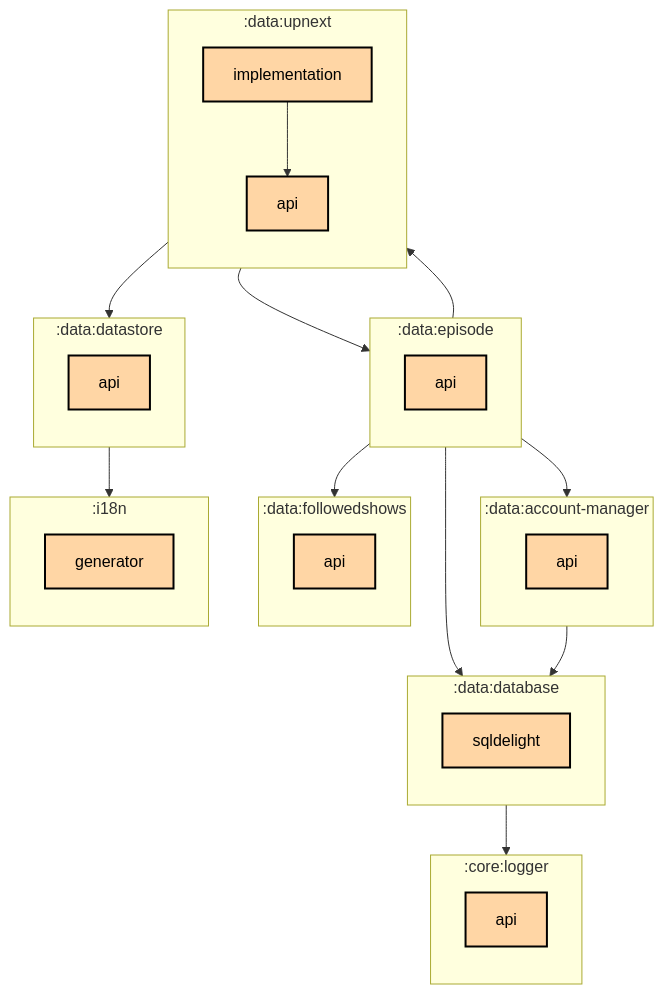
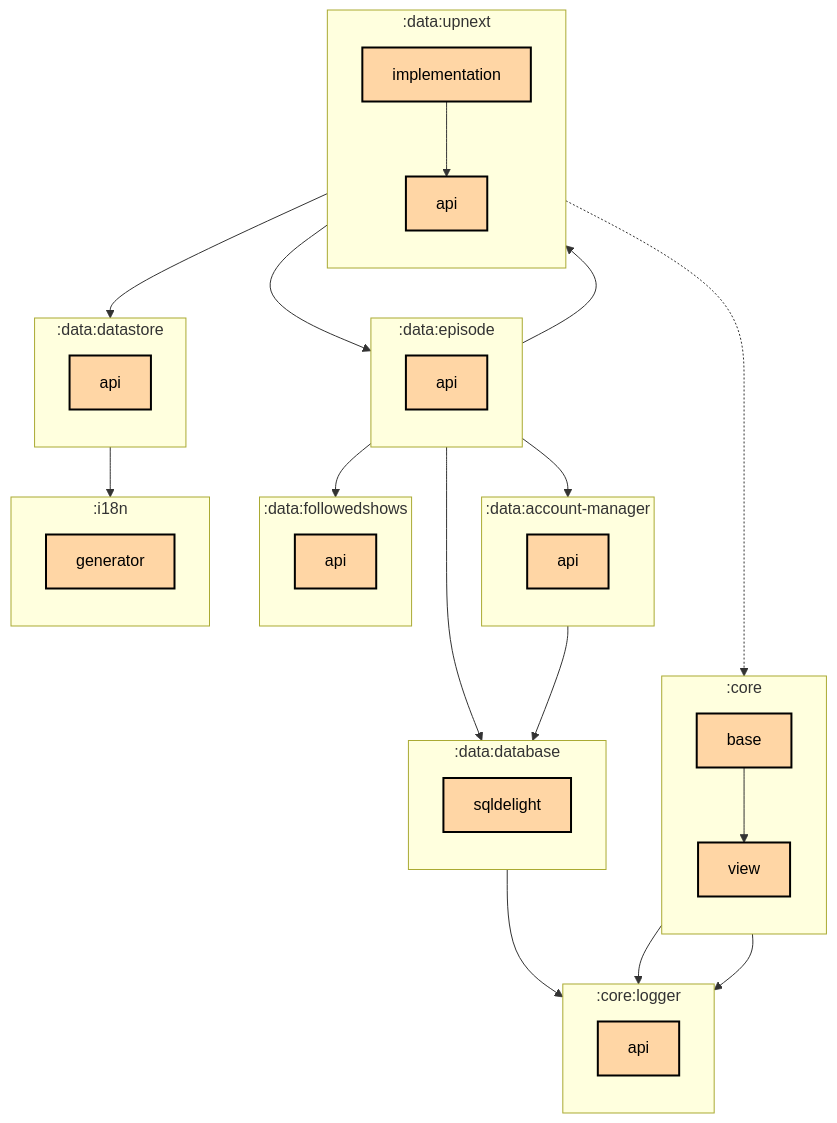
The first of 2 diagrams in data/upnext/implementation/README.md (thomaskioko/tv-maniac), drawn with Mermaid before and after one commit. The commit also changed 2 other files, not shown here.

Commit message:
Update graph

````diff
--- a/data/upnext/implementation/README.md
+++ b/data/upnext/implementation/README.md
@@ -6,53 +6,62 @@
 ```mermaid
 graph TB
+  subgraph :core
+    direction TB
+    :core:base[base]:::multiplatform
+    :core:view[view]:::multiplatform
+  end
   subgraph :core:logger
     direction TB
     :core:logger:api[api]:::multiplatform
   end
   subgraph :data:account-manager
     direction TB
     :data:account-manager:api[api]:::multiplatform
   end
   subgraph :data:database
     direction TB
     :data:database:sqldelight[sqldelight]:::multiplatform
   end
   subgraph :data:datastore
     direction TB
     :data:datastore:api[api]:::multiplatform
   end
   subgraph :data:episode
     direction TB
     :data:episode:api[api]:::multiplatform
   end
   subgraph :data:followedshows
     direction TB
     :data:followedshows:api[api]:::multiplatform
   end
   subgraph :data:upnext
     direction TB
     :data:upnext:api[api]:::multiplatform
     :data:upnext:implementation[implementation]:::multiplatform
   end
   subgraph :i18n
     direction TB
     :i18n:generator[generator]:::multiplatform
   end
 
+  :core:base --> :core:logger:api
+  :core:base --> :core:view
+  :core:view --> :core:logger:api
   :data:account-manager:api --> :data:database:sqldelight
   :data:database:sqldelight --> :core:logger:api
   :data:datastore:api --> :i18n:generator
   :data:episode:api --> :data:account-manager:api
   :data:episode:api --> :data:database:sqldelight
   :data:episode:api --> :data:followedshows:api
   :data:episode:api --> :data:upnext:api
+  :data:upnext:implementation -.-> :core:base
   :data:upnext:implementation --> :data:datastore:api
   :data:upnext:implementation --> :data:episode:api
   :data:upnext:implementation --> :data:upnext:api
 
 classDef application fill:#CAFFBF,stroke:#000,stroke-width:2px,color:#000;
 classDef multiplatform fill:#FFD6A5,stroke:#000,stroke-width:2px,color:#000;
 classDef android-library fill:#9BF6FF,stroke:#000,stroke-width:2px,color:#000;
 classDef jvm-library fill:#BDB2FF,stroke:#000,stroke-width:2px,color:#000;
 classDef unknown fill:#FFADAD,stroke:#000,stroke-width:2px,color:#000;
 ```
````
